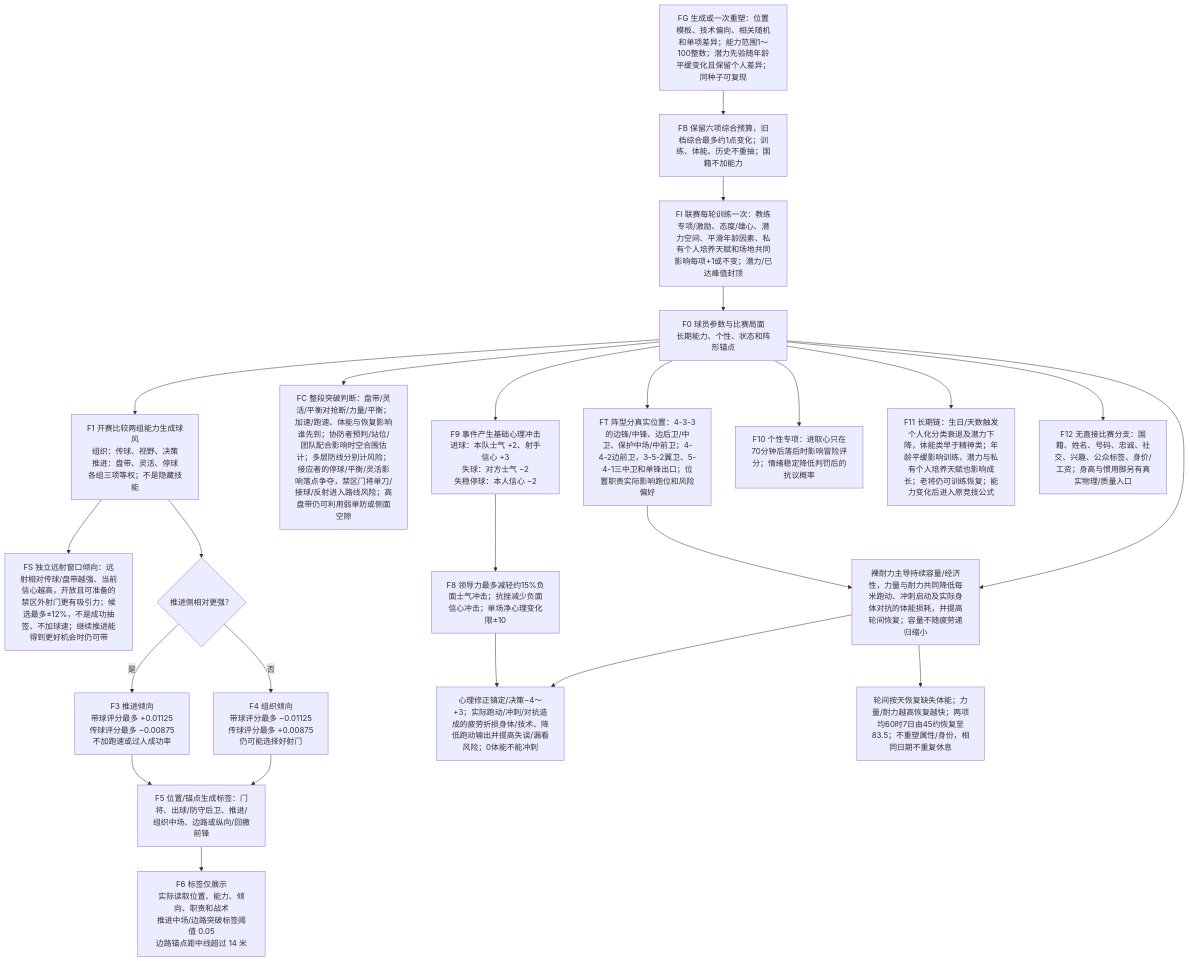
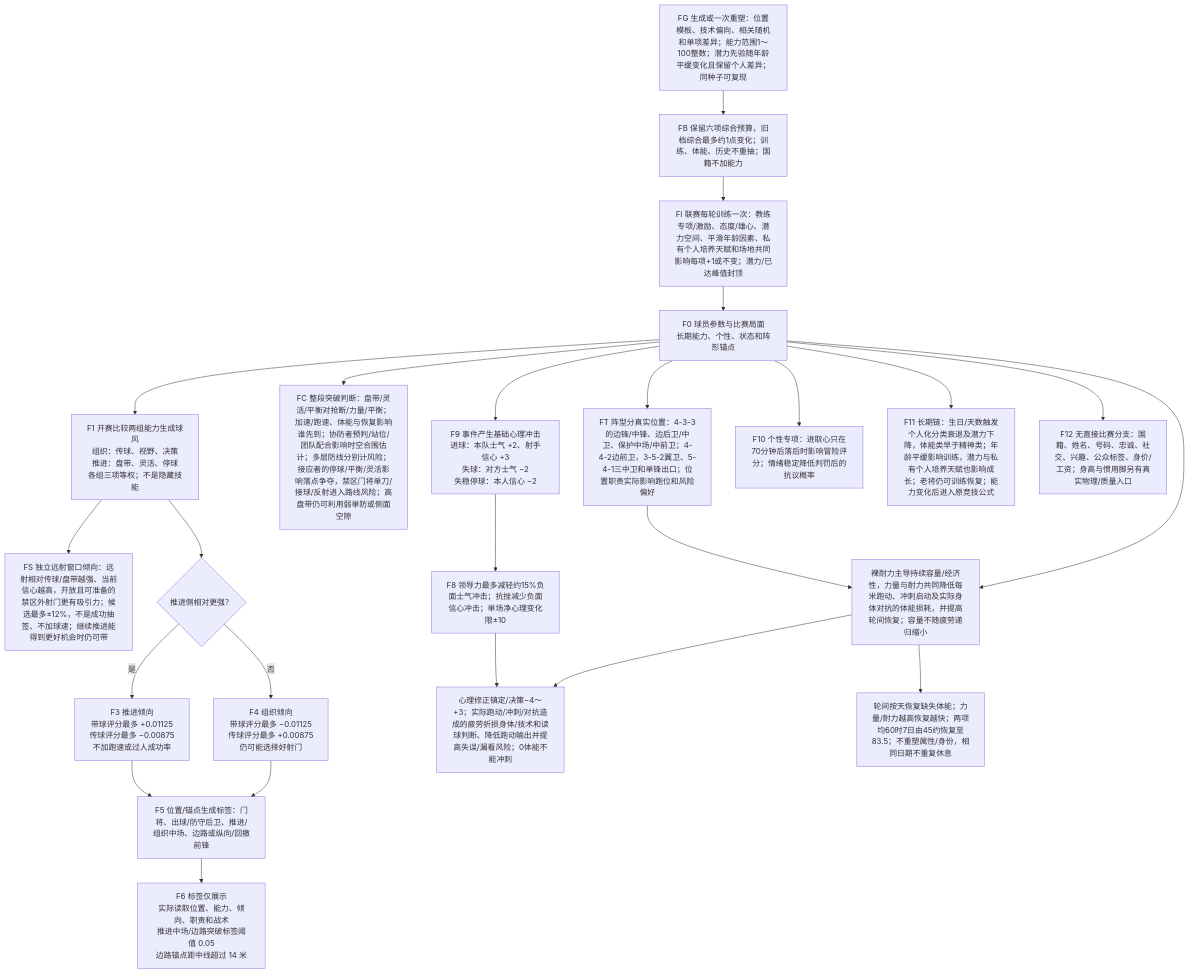
One commit to sixu3575/touchline-manager changed the sixth of 7 diagrams in packages/shared/modules/matches/design/PLAYER_DECISION_MAP.md. Above: the diagram before and after it, drawn with Mermaid. The commit also changed other lines of this file and 24 other files, not shown here.

````diff
--- a/packages/shared/modules/matches/design/PLAYER_DECISION_MAP.md
+++ b/packages/shared/modules/matches/design/PLAYER_DECISION_MAP.md
@@ -264,26 +265,26 @@
 ```mermaid
 flowchart TD
   FG["FG 生成或一次重塑：位置模板、技术偏向、相关随机和单项差异；能力范围1～100整数；潜力先验随年龄平缓变化且保留个人差异；同种子可复现"] --> FB["FB 保留六项综合预算，旧档综合最多约1点变化；训练、体能、历史不重抽；国籍不加能力"]
   FB --> FI["FI 联赛每轮训练一次：教练专项/激励、态度/雄心、潜力空间、平滑年龄因素、私有个人培养天赋和场地共同影响每项+1或不变；潜力/已达峰值封顶"]
   FI --> F0
   F0["F0 球员参数与比赛局面<br/>长期能力、个性、状态和阵形锚点"] --> F1["F1 开赛比较两组能力生成球风<br/>组织：传球、视野、决策<br/>推进：盘带、灵活、停球<br/>各组三项等权；不是隐藏技能"]
   F1 --> FS["FS 独立远射窗口倾向：远射相对传球/盘带越强、当前信心越高，开放且可准备的禁区外射门更有吸引力；候选最多±12%，不是成功抽签、不加球速；继续推进能得到更好机会时仍可带"]
   F0 --> FC["FC 整段突破判断：盘带/灵活/平衡对抢断/力量/平衡；加速/跑速、体能与恢复影响谁先到；协防者预判/站位/团队配合影响时空合围估计；多层防线分别计风险；接应者的停球/平衡/灵活影响落点争夺，禁区门将单刀/接球/反射进入路线风险；高盘带仍可利用弱单防或侧面空隙"]
   F1 --> F2{"推进侧相对更强？"}
   F2 -->|是| F3["F3 推进倾向<br/>带球评分最多 +0.01125<br/>传球评分最多 −0.00875<br/>不加跑速或过人成功率"]
   F2 -->|否| F4["F4 组织倾向<br/>带球评分最多 −0.01125<br/>传球评分最多 +0.00875<br/>仍可能选择好射门"]
   F3 --> F5["F5 位置/锚点生成标签：门将、出球/防守后卫、推进/组织中场、边路或纵向/回撤前锋"]
   F4 --> F5
   F5 --> F6["F6 标签仅展示<br/>实际读取位置、能力、倾向、职责和战术<br/>推进中场/边路突破标签阈值 0.05<br/>边路锚点距中线超过 14 米"]
   F0 --> FT["FT 阵型分真实位置：4-3-3的边锋/中锋、边后卫/中卫、保护中场/中前卫；4-4-2边前卫，3-5-2翼卫、5-4-1三中卫和单锋出口；位置职责实际影响跑位和风险偏好"]
   FT --> FP["FP 战术决定配合职责与候选收益；能力决定能否及时到位、技术质量与个人选择；球风标签仍不提供额外能力"]
   F0 --> F9["F9 事件产生基础心理冲击<br/>进球：本队士气 +2、射手信心 +3<br/>失球：对方士气 −2<br/>失稳停球：本人信心 −2"]
   F9 --> F8["F8 领导力最多减轻约15%负面士气冲击；抗挫减少负面信心冲击；单场净心理变化限±10"]
-  F8 --> F7["心理修正镇定/决策−4～+3；实际跑动/冲刺/对抗造成的疲劳折损身体/技术、降低跑动输出并提高失误/漏看风险；0体能不能冲刺"]
+  F8 --> F7["心理修正镇定/决策−4～+3；实际跑动/冲刺/对抗造成的疲劳折损身体/技术和读球判断、降低跑动输出并提高失误/漏看风险；0体能不能冲刺"]
   F0 --> FP["裸耐力主导持续容量/经济性，力量与耐力共同降低每米跑动、冲刺启动及实际身体对抗的体能损耗，并提高轮间恢复；容量不随疲劳递归缩小"]
   FP --> F7
   FP --> FR["轮间按天恢复缺失体能；力量/耐力越高恢复越快；两项均60时7日由45约恢复至83.5；不重塑属性/身份，相同日期不重复休息"]
   F0 --> F10["F10 个性专项：进取心只在70分钟后落后时影响冒险评分；情绪稳定降低判罚后的抗议概率"]
   F0 --> F11["F11 长期链：生日/天数触发个人化分类衰退及潜力下降，体能类早于精神类；年龄平缓影响训练，潜力与私有个人培养天赋也影响成长；老将仍可训练恢复；能力变化后进入原竞技公式"]
   F0 --> F12["F12 无直接比赛分支：国籍、姓名、号码、忠诚、社交、兴趣、公众标签、身价/工资；身高与惯用脚另有真实物理/质量入口"]
 ```
````
